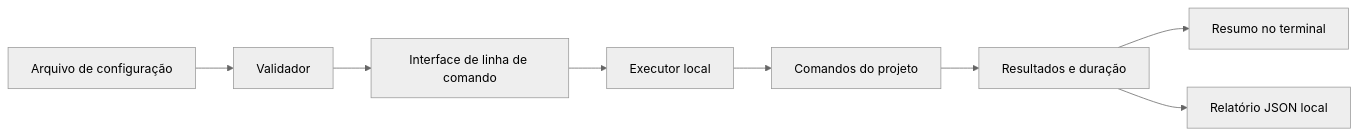
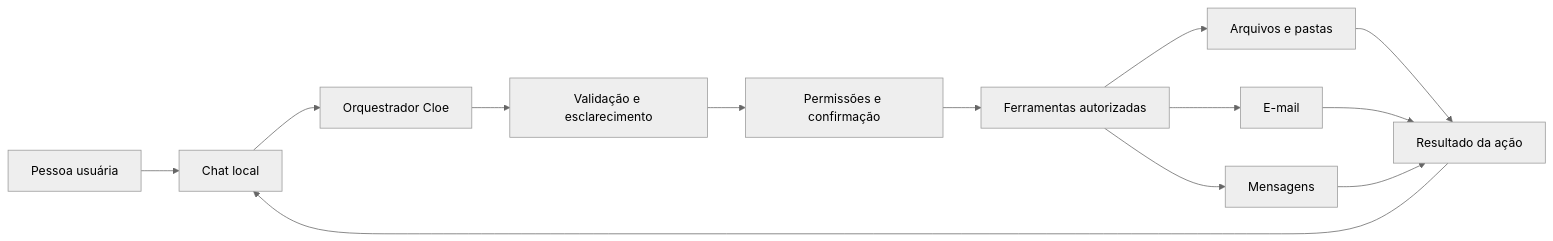
The diagram in README.md (Gxstein/cloe-agent), drawn with Mermaid (neutral theme) before and after one commit. The commit also changed other lines of this file, not shown here.

First line of the commit message:
docs: redefine project as Cloe Agent personal chatbot

````diff
--- a/README.md
+++ b/README.md
@@ -49,10 +40,15 @@
 ```mermaid
 flowchart LR
-    Config[Arquivo de configuração] --> Validate[Validador]
-    Validate --> CLI[Interface de linha de comando]
-    CLI --> Runner[Executor local]
-    Runner --> Commands[Comandos do projeto]
-    Commands --> Results[Resultados e duração]
-    Results --> Terminal[Resumo no terminal]
-    Results --> JSON[Relatório JSON local]
+    User[Pessoa usuária] --> Chat[Chat local]
+    Chat --> Agent[Orquestrador Cloe]
+    Agent --> Clarify[Validação e esclarecimento]
+    Clarify --> Policy[Permissões e confirmação]
+    Policy --> Tools[Ferramentas autorizadas]
+    Tools --> Files[Arquivos e pastas]
+    Tools --> Email[E-mail]
+    Tools --> Messages[Mensagens]
+    Files --> Result[Resultado da ação]
+    Email --> Result
+    Messages --> Result
+    Result --> Chat
 ```
````
